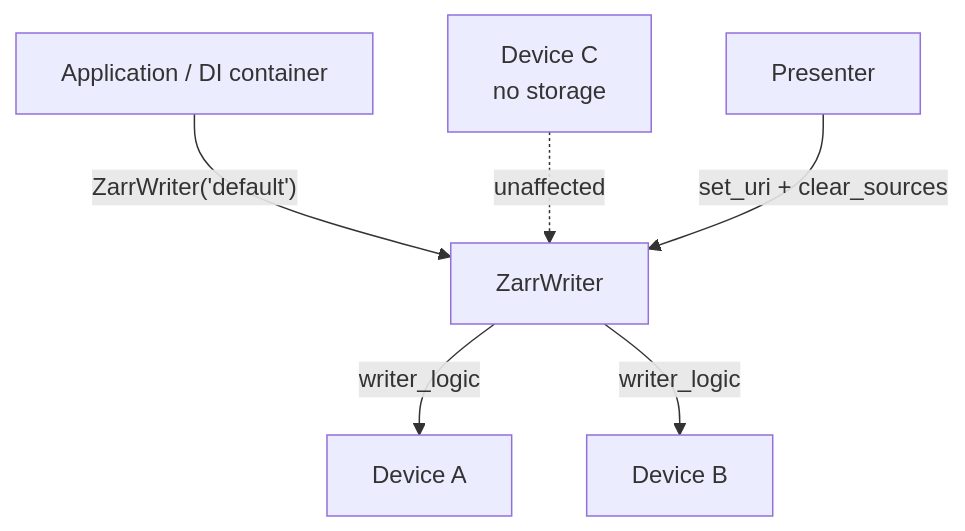
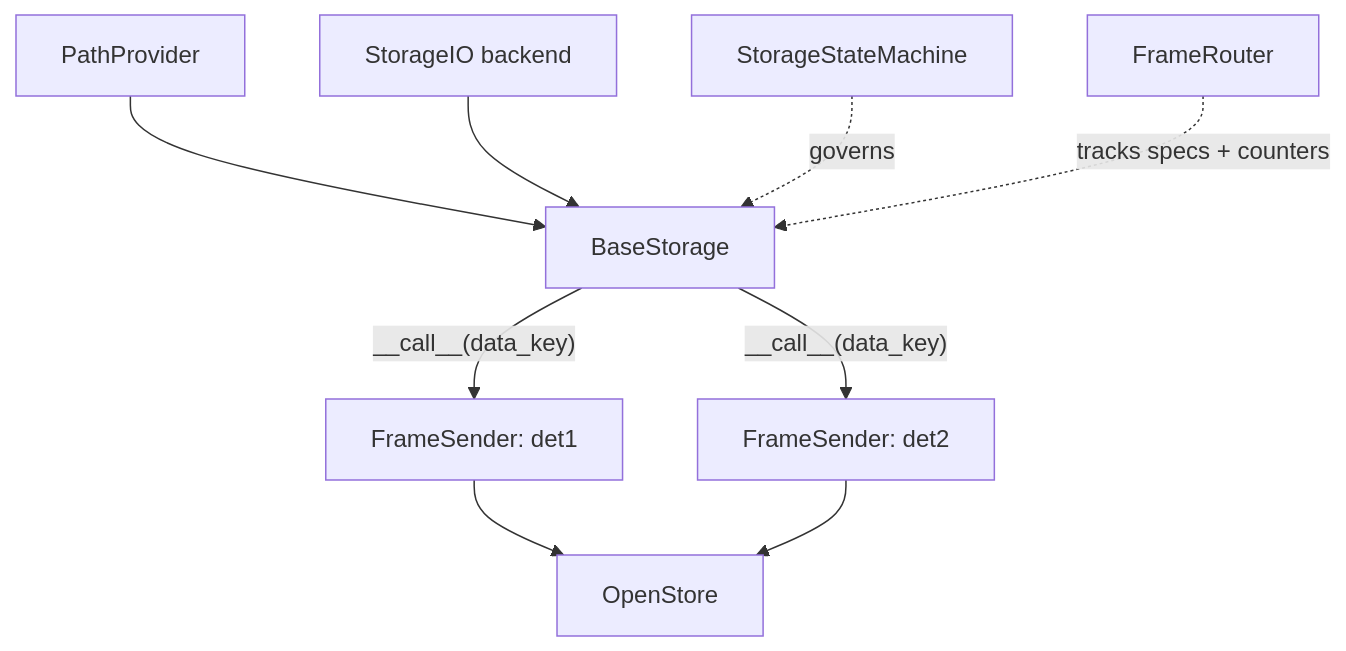
Before and after one commit to redsun-acquisition/redsun: the first of 2 diagrams in docs/explanation/storage.md, drawn with Mermaid. The commit also changed other lines of this file, not shown here.

````diff
--- a/docs/explanation/storage.md
+++ b/docs/explanation/storage.md
@@ -17,8 +16,11 @@
 ```mermaid
 graph TD
-    DI[Application / DI container] -->|"ZarrWriter('default')"| W[ZarrWriter]
-    W --> |writer_logic| DA[Device A]
-    W --> |writer_logic| DB[Device B]
-    DC[Device C\nno storage] -. unaffected .-> W
-    SP[Presenter] -->|set_uri + clear_sources| W
+    P[PathProvider] --> BS[BaseStorage]
+    IO[StorageIO backend] --> BS
+    BS -->|"__call__(data_key)"| S1[FrameSender: det1]
+    BS -->|"__call__(data_key)"| S2[FrameSender: det2]
+    S1 --> ST[OpenStore]
+    S2 --> ST
+    FSM[StorageStateMachine] -.governs.-> BS
+    FR[FrameRouter] -.tracks specs + counters.-> BS
 ```
````
